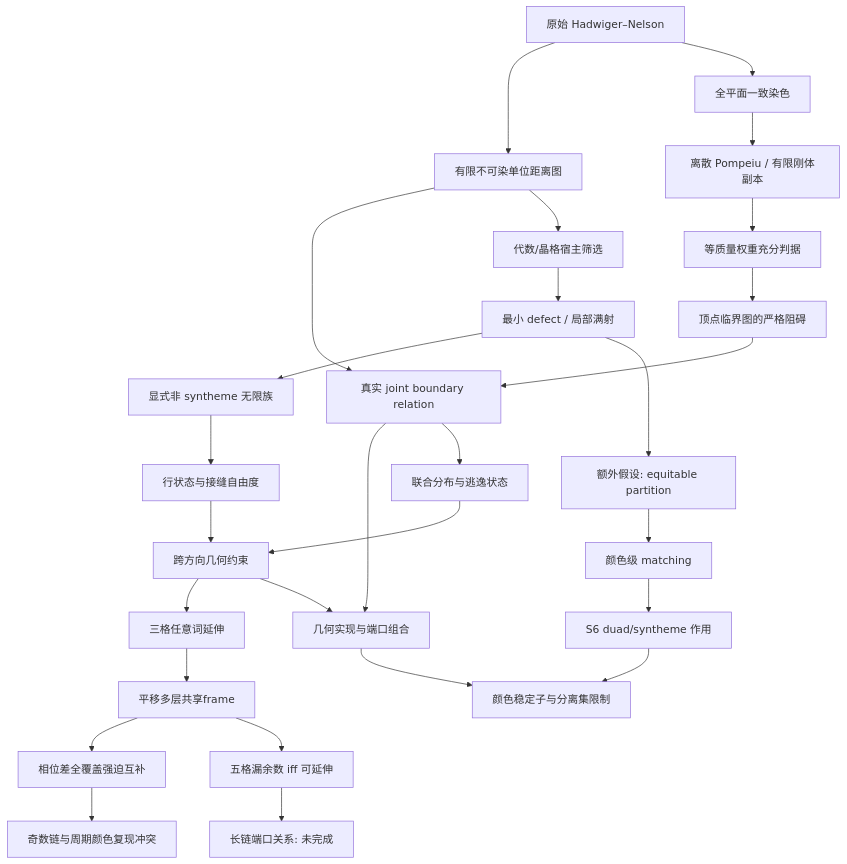
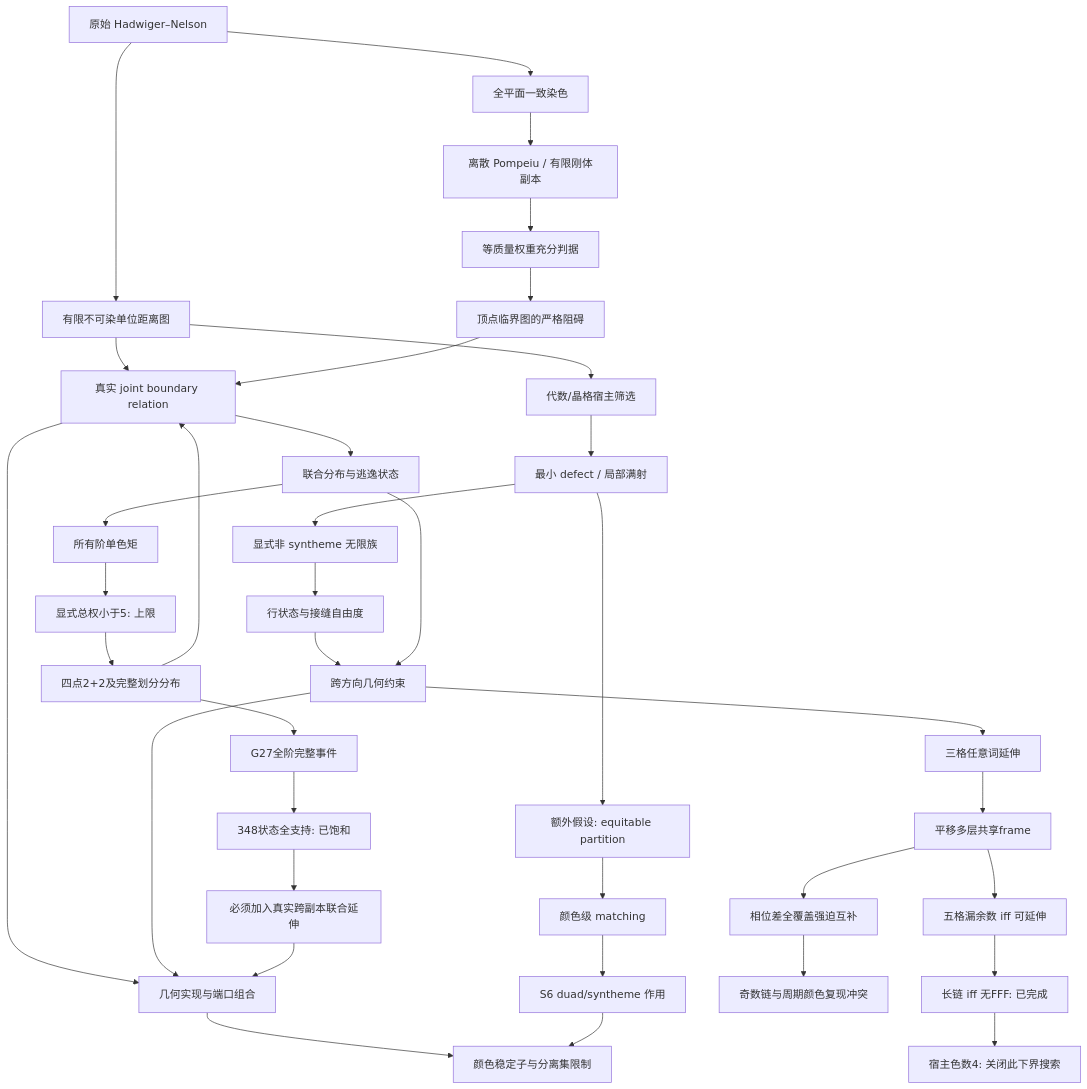
The diagram in docs/ROUTES.md (rsgcsg/math-research), drawn with Mermaid before and after one commit. The commit also changed other lines of this file and 26 other files, not shown here.

````diff
--- a/docs/ROUTES.md
+++ b/docs/ROUTES.md
@@ -10,30 +10,39 @@
 ```mermaid
 flowchart TD
   HN[原始 Hadwiger–Nelson] --> LOW[有限不可染单位距离图]
   HN --> UP[全平面一致染色]
   LOW --> REL[真实 joint boundary relation]
   REL --> GEO[几何实现与端口组合]
   GEO --> CUT[颜色稳定子与分离集限制]
   REL --> FACE[联合分布与逃逸状态]
   LOW --> HOST[代数/晶格宿主筛选]
   HOST --> FALL[最小 defect / 局部满射]
   FALL --> COUNTER[显式非 syntheme 无限族]
   COUNTER --> SFT[行状态与接缝自由度]
   FALL --> EQ[额外假设: equitable partition]
   EQ --> MATCH[颜色级 matching]
   MATCH --> S6[S6 duad/syntheme 作用]
   S6 --> CUT
   SFT --> SEAM[跨方向几何约束]
   SEAM --> TRIPLE[三格任意词延伸]
   TRIPLE --> LAYERS[平移多层共享frame]
   LAYERS --> SATURATE[相位差全覆盖强迫互补]
   SATURATE --> ODD[奇数链与周期颜色复现冲突]
   LAYERS --> ESCAPE[五格漏余数 iff 可延伸]
-  ESCAPE --> LONG[长链端口关系: 未完成]
+  ESCAPE --> LONG[长链 iff 无FFF: 已完成]
+  LONG --> LOWHOST[宿主色数4: 关闭此下界搜索]
   FACE --> SEAM
   SEAM --> GEO
   UP --> POMP[离散 Pompeiu / 有限刚体副本]
   POMP --> MASS[等质量权重充分判据]
   MASS --> CRIT[顶点临界图的严格阻碍]
   CRIT --> REL
+  FACE --> MONO[所有阶单色矩]
+  MONO --> CEILING[显式总权小于5: 上限]
+  CEILING --> JOINT[四点2+2及完整划分分布]
+  JOINT --> REL
+  JOINT --> G27[G27全阶完整事件]
+  G27 --> FULLSUP[348状态全支持: 已饱和]
+  FULLSUP --> EXTEND[必须加入真实跨副本联合延伸]
+  EXTEND --> GEO
 ```
````
